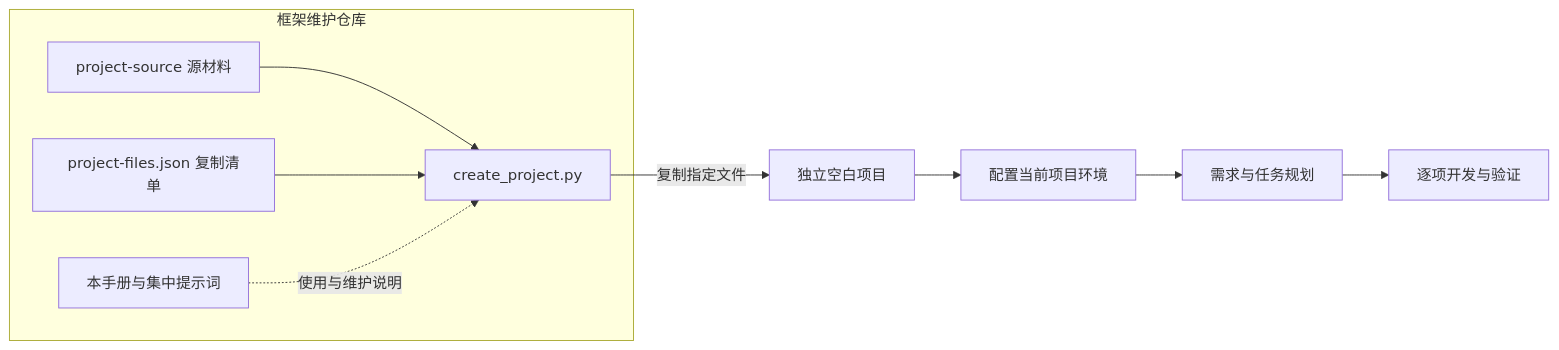
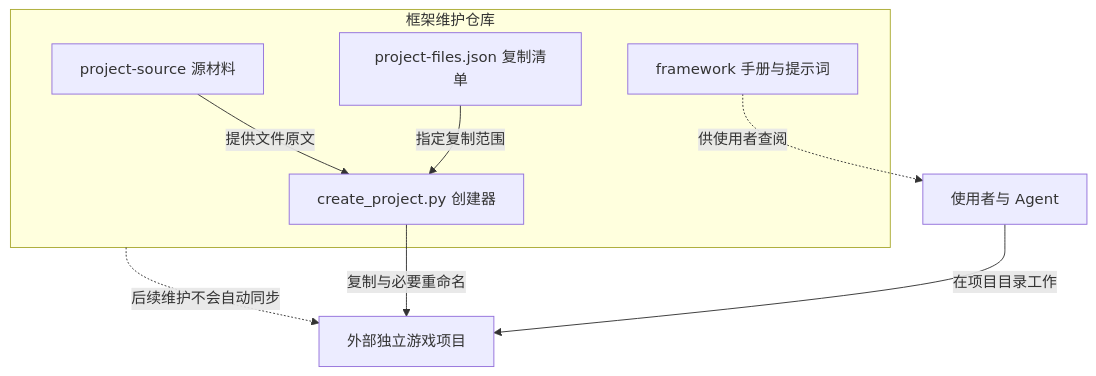
The first of 2 diagrams in framework/docs/blank-project/README.md (yxy823/Game_idle_yaya_frame), drawn with Mermaid before and after one commit. The commit also changed other lines of this file and 14 other files, not shown here.

First line of the commit message:
docs(handbook): 重组正式使用手册并补齐流程与验证图示

````diff
--- a/framework/docs/blank-project/README.md
+++ b/framework/docs/blank-project/README.md
@@ -62,16 +13,15 @@
 ```mermaid
-flowchart LR
+flowchart TD
     subgraph F[框架维护仓库]
         S[project-source 源材料]
         M[project-files.json 复制清单]
-        H[本手册与集中提示词]
-        C[create_project.py]
-        S --> C
-        M --> C
-        H -. 使用与维护说明 .-> C
+        C[create_project.py 创建器]
+        H[framework 手册与提示词]
+        M -->|指定复制范围| C
+        S -->|提供文件原文| C
     end
-    C -->|复制指定文件| P[独立空白项目]
-    P --> E[配置当前项目环境]
-    E --> D[需求与任务规划]
-    D --> W[逐项开发与验证]
+    C -->|复制与必要重命名| P[外部独立游戏项目]
+    H -.->|供使用者查阅| U[使用者与 Agent]
+    U -->|在项目目录工作| P
+    F -.->|后续维护不会自动同步| P
 ```
````
